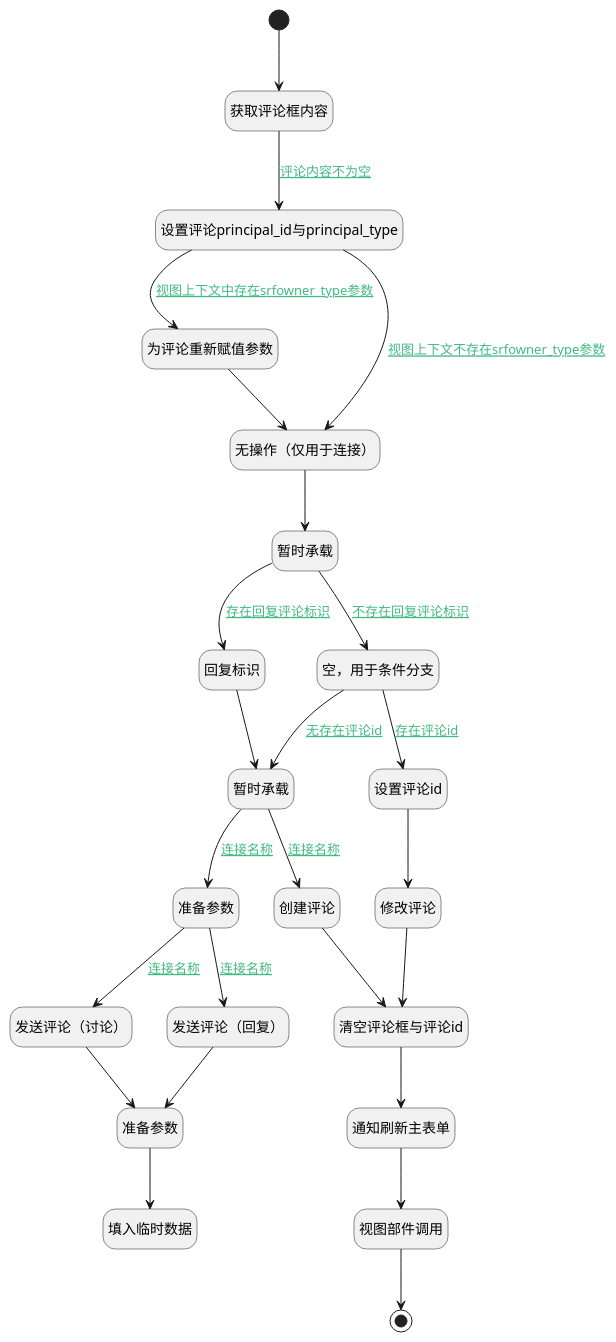
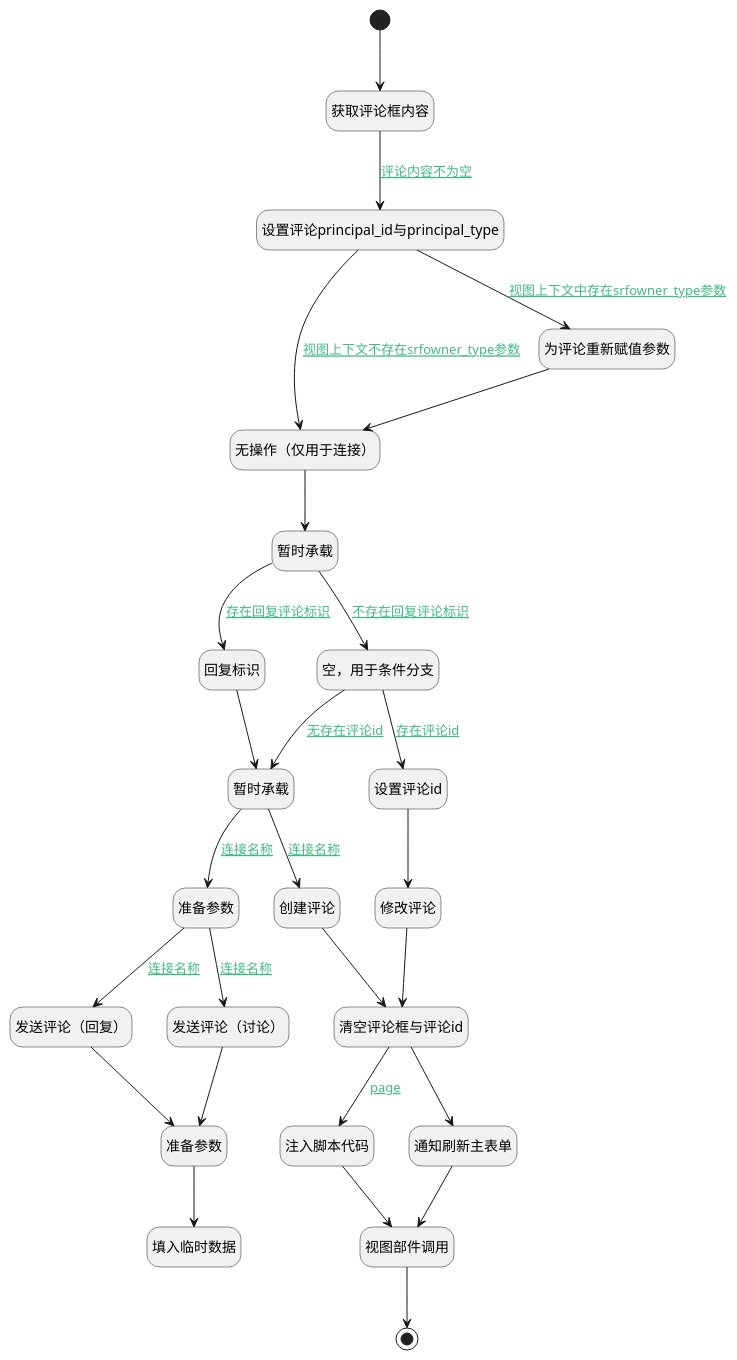
The diagram in doc/docsify/module/Base/comment/uilogic/send_comment_mob.md (iBizLab/plm), drawn with PlantUML before and after one commit. The commit also changed other lines of this file and 901 other files, not shown here.

````diff
--- a/doc/docsify/module/Base/comment/uilogic/send_comment_mob.md
+++ b/doc/docsify/module/Base/comment/uilogic/send_comment_mob.md
@@ -7,61 +7,64 @@
 ```plantuml
 @startuml
 hide footbox
 <style>
 root {
   HyperlinkColor #42b983
 }
 </style>
 
 hide empty description
 state "开始" as Begin <<start>> [[$./send_comment_mob#begin {开始}]]
+state "发送评论（回复）" as DEACTION5  [[$./send_comment_mob#deaction5 {发送评论（回复）}]]
+state "无操作（仅用于连接）" as PREPAREJSPARAM5  [[$./send_comment_mob#preparejsparam5 {无操作（仅用于连接）}]]
+state "暂时承载" as PREPAREJSPARAM7  [[$./send_comment_mob#preparejsparam7 {暂时承载}]]
+state "回复标识" as PREPAREJSPARAM2  [[$./send_comment_mob#preparejsparam2 {回复标识}]]
+state "设置评论principal_id与principal_type" as PREPAREJSPARAM1  [[$./send_comment_mob#preparejsparam1 {设置评论principal_id与principal_type}]]
+state "为评论重新赋值参数" as PREPAREJSPARAM6  [[$./send_comment_mob#preparejsparam6 {为评论重新赋值参数}]]
+state "准备参数" as PREPAREJSPARAM9  [[$./send_comment_mob#preparejsparam9 {准备参数}]]
+state "注入脚本代码" as RAWJSCODE6  [[$./send_comment_mob#rawjscode6 {注入脚本代码}]]
+state "通知刷新主表单" as RAWJSCODE5  [[$./send_comment_mob#rawjscode5 {通知刷新主表单}]]
+state "视图部件调用" as VIEWCTRLINVOKE1  [[$./send_comment_mob#viewctrlinvoke1 {视图部件调用}]]
+state "获取评论框内容" as RAWJSCODE1  [[$./send_comment_mob#rawjscode1 {获取评论框内容}]]
+state "清空评论框与评论id" as RAWJSCODE2  [[$./send_comment_mob#rawjscode2 {清空评论框与评论id}]]
+state "空，用于条件分支" as PREPAREJSPARAM4  [[$./send_comment_mob#preparejsparam4 {空，用于条件分支}]]
+state "创建评论" as DEACTION2  [[$./send_comment_mob#deaction2 {创建评论}]]
+state "准备参数" as PREPAREJSPARAM10  [[$./send_comment_mob#preparejsparam10 {准备参数}]]
+state "设置评论id" as PREPAREJSPARAM3  [[$./send_comment_mob#preparejsparam3 {设置评论id}]]
+state "暂时承载" as PREPAREJSPARAM8  [[$./send_comment_mob#preparejsparam8 {暂时承载}]]
+state "发送评论（讨论）" as DEACTION4  [[$./send_comment_mob#deaction4 {发送评论（讨论）}]]
 state "修改评论" as DEACTION3  [[$./send_comment_mob#deaction3 {修改评论}]]
-state "为评论重新赋值参数" as PREPAREJSPARAM6  [[$./send_comment_mob#preparejsparam6 {为评论重新赋值参数}]]
-state "准备参数" as PREPAREJSPARAM10  [[$./send_comment_mob#preparejsparam10 {准备参数}]]
-state "准备参数" as PREPAREJSPARAM9  [[$./send_comment_mob#preparejsparam9 {准备参数}]]
-state "发送评论（讨论）" as DEACTION4  [[$./send_comment_mob#deaction4 {发送评论（讨论）}]]
-state "通知刷新主表单" as RAWJSCODE5  [[$./send_comment_mob#rawjscode5 {通知刷新主表单}]]
-state "设置评论principal_id与principal_type" as PREPAREJSPARAM1  [[$./send_comment_mob#preparejsparam1 {设置评论principal_id与principal_type}]]
-state "清空评论框与评论id" as RAWJSCODE2  [[$./send_comment_mob#rawjscode2 {清空评论框与评论id}]]
-state "暂时承载" as PREPAREJSPARAM7  [[$./send_comment_mob#preparejsparam7 {暂时承载}]]
-state "设置评论id" as PREPAREJSPARAM3  [[$./send_comment_mob#preparejsparam3 {设置评论id}]]
+state "填入临时数据" as RAWJSCODE4  [[$./send_comment_mob#rawjscode4 {填入临时数据}]]
 state "结束" as END1 <<end>> [[$./send_comment_mob#end1 {结束}]]
-state "暂时承载" as PREPAREJSPARAM8  [[$./send_comment_mob#preparejsparam8 {暂时承载}]]
-state "获取评论框内容" as RAWJSCODE1  [[$./send_comment_mob#rawjscode1 {获取评论框内容}]]
-state "创建评论" as DEACTION2  [[$./send_comment_mob#deaction2 {创建评论}]]
-state "填入临时数据" as RAWJSCODE4  [[$./send_comment_mob#rawjscode4 {填入临时数据}]]
-state "回复标识" as PREPAREJSPARAM2  [[$./send_comment_mob#preparejsparam2 {回复标识}]]
-state "无操作（仅用于连接）" as PREPAREJSPARAM5  [[$./send_comment_mob#preparejsparam5 {无操作（仅用于连接）}]]
-state "空，用于条件分支" as PREPAREJSPARAM4  [[$./send_comment_mob#preparejsparam4 {空，用于条件分支}]]
-state "视图部件调用" as VIEWCTRLINVOKE1  [[$./send_comment_mob#viewctrlinvoke1 {视图部件调用}]]
-state "发送评论（回复）" as DEACTION5  [[$./send_comment_mob#deaction5 {发送评论（回复）}]]
 
 
 Begin --> RAWJSCODE1
 RAWJSCODE1 --> PREPAREJSPARAM1 : [[$./send_comment_mob#rawjscode1-preparejsparam1{评论内容不为空} 评论内容不为空]]
 PREPAREJSPARAM1 --> PREPAREJSPARAM6 : [[$./send_comment_mob#preparejsparam1-preparejsparam6{视图上下文中存在srfowner_type参数} 视图上下文中存在srfowner_type参数]]
 PREPAREJSPARAM6 --> PREPAREJSPARAM5
 PREPAREJSPARAM5 --> PREPAREJSPARAM7
 PREPAREJSPARAM7 --> PREPAREJSPARAM4 : [[$./send_comment_mob#preparejsparam7-preparejsparam4{不存在回复评论标识} 不存在回复评论标识]]
 PREPAREJSPARAM4 --> PREPAREJSPARAM8 : [[$./send_comment_mob#preparejsparam4-preparejsparam8{无存在评论id} 无存在评论id]]
 PREPAREJSPARAM8 --> DEACTION2 : [[$./send_comment_mob#preparejsparam8-deaction2{连接名称} 连接名称]]
 DEACTION2 --> RAWJSCODE2
+RAWJSCODE2 --> RAWJSCODE6 : [[$./send_comment_mob#rawjscode2-rawjscode6{page} page]]
+RAWJSCODE6 --> VIEWCTRLINVOKE1
+VIEWCTRLINVOKE1 --> END1
 RAWJSCODE2 --> RAWJSCODE5
 RAWJSCODE5 --> VIEWCTRLINVOKE1
-VIEWCTRLINVOKE1 --> END1
 PREPAREJSPARAM8 --> PREPAREJSPARAM9 : [[$./send_comment_mob#preparejsparam8-preparejsparam9{连接名称} 连接名称]]
 PREPAREJSPARAM9 --> DEACTION4 : [[$./send_comment_mob#preparejsparam9-deaction4{连接名称} 连接名称]]
 DEACTION4 --> PREPAREJSPARAM10
 PREPAREJSPARAM10 --> RAWJSCODE4
 PREPAREJSPARAM9 --> DEACTION5 : [[$./send_comment_mob#preparejsparam9-deaction5{连接名称} 连接名称]]
 DEACTION5 --> PREPAREJSPARAM10
 PREPAREJSPARAM4 --> PREPAREJSPARAM3 : [[$./send_comment_mob#preparejsparam4-preparejsparam3{存在评论id} 存在评论id]]
 PREPAREJSPARAM3 --> DEACTION3
 DEACTION3 --> RAWJSCODE2
 PREPAREJSPARAM7 --> PREPAREJSPARAM2 : [[$./send_comment_mob#preparejsparam7-preparejsparam2{存在回复评论标识} 存在回复评论标识]]
 PREPAREJSPARAM2 --> PREPAREJSPARAM8
 PREPAREJSPARAM1 --> PREPAREJSPARAM5 : [[$./send_comment_mob#preparejsparam1-preparejsparam5{视图上下文不存在srfowner_type参数} 视图上下文不存在srfowner_type参数]]
 
 
 @enduml
 ```
````
